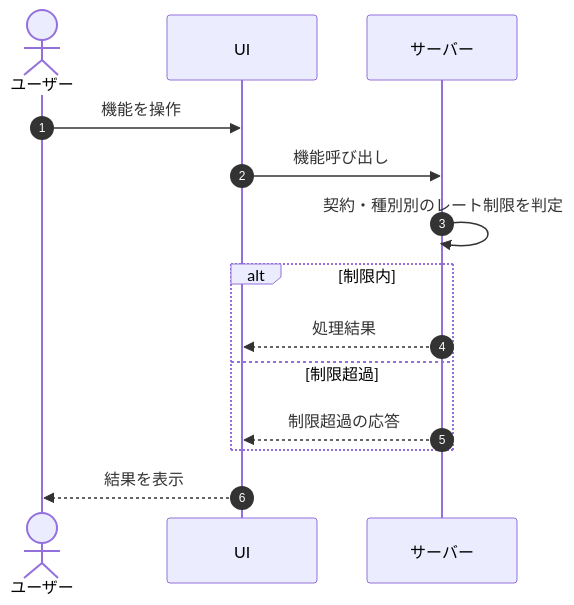
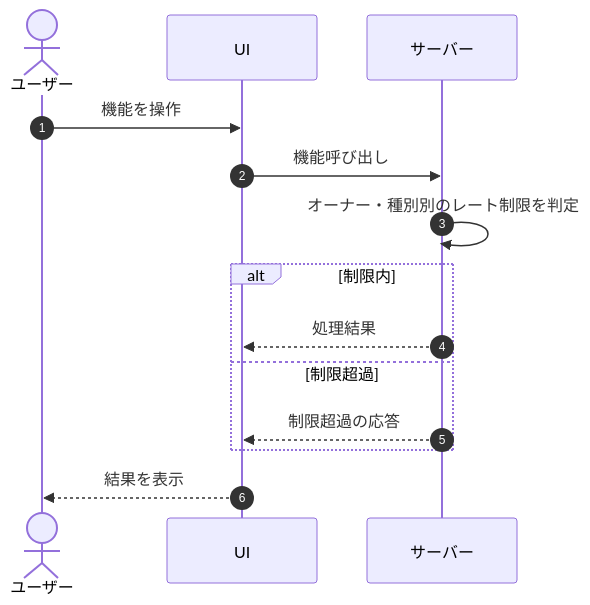
Before and after one commit to sikakou54/open-faq: the ninth of 37 diagrams in 01_requirements/02_functional_requirement/03_usage-fr.md, drawn with Mermaid. The commit also changed other lines of this file and 294 other files, not shown here.

````diff
--- a/01_requirements/02_functional_requirement/03_usage-fr.md
+++ b/01_requirements/02_functional_requirement/03_usage-fr.md
@@ -247,16 +247,16 @@
 ```mermaid
 sequenceDiagram
   autonumber
   actor U as ユーザー
   participant UI as UI
   participant S as サーバー
   U->>UI: 機能を操作
   UI->>S: 機能呼び出し
-  S->>S: 契約・種別別のレート制限を判定
+  S->>S: オーナー・種別別のレート制限を判定
   alt 制限内
     S-->>UI: 処理結果
   else 制限超過
     S-->>UI: 制限超過の応答
   end
   UI-->>U: 結果を表示
 ```
````
